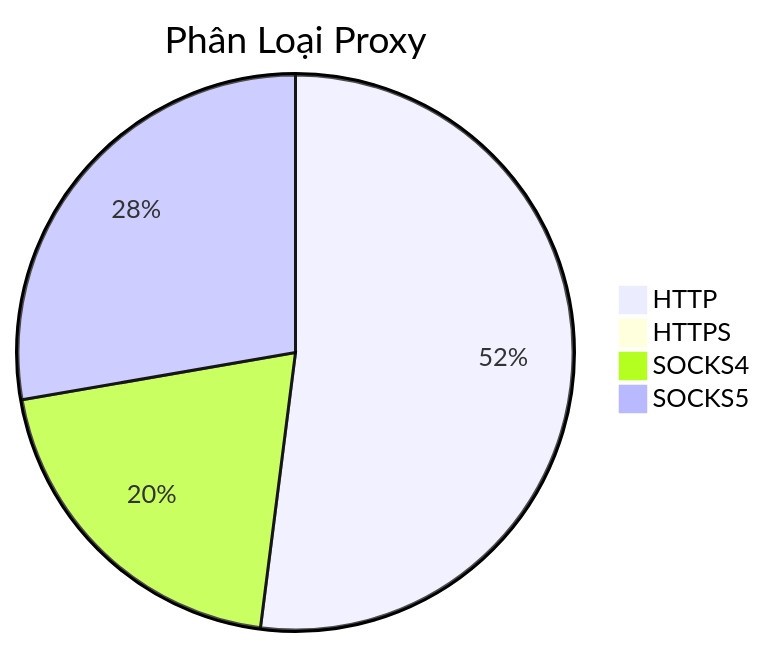
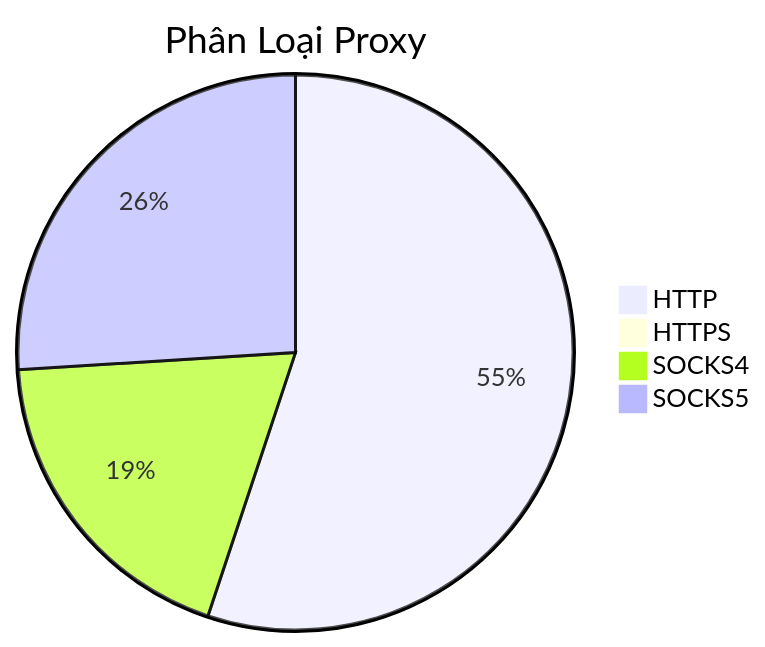
The diagram in README.md (Ciara-12/PROXY-free), drawn with Mermaid before and after one commit. The commit also changed other lines of this file and 4 other files, not shown here.

````diff
--- a/README.md
+++ b/README.md
@@ -26,7 +26,7 @@
 ```mermaid
 pie title Phân Loại Proxy
-    "HTTP" : 529
-    "HTTPS" : 0
-    "SOCKS4" : 206
-    "SOCKS5" : 282
+    "HTTP" : 653
+    "HTTPS" : 1
+    "SOCKS4" : 224
+    "SOCKS5" : 308
 ```
````
